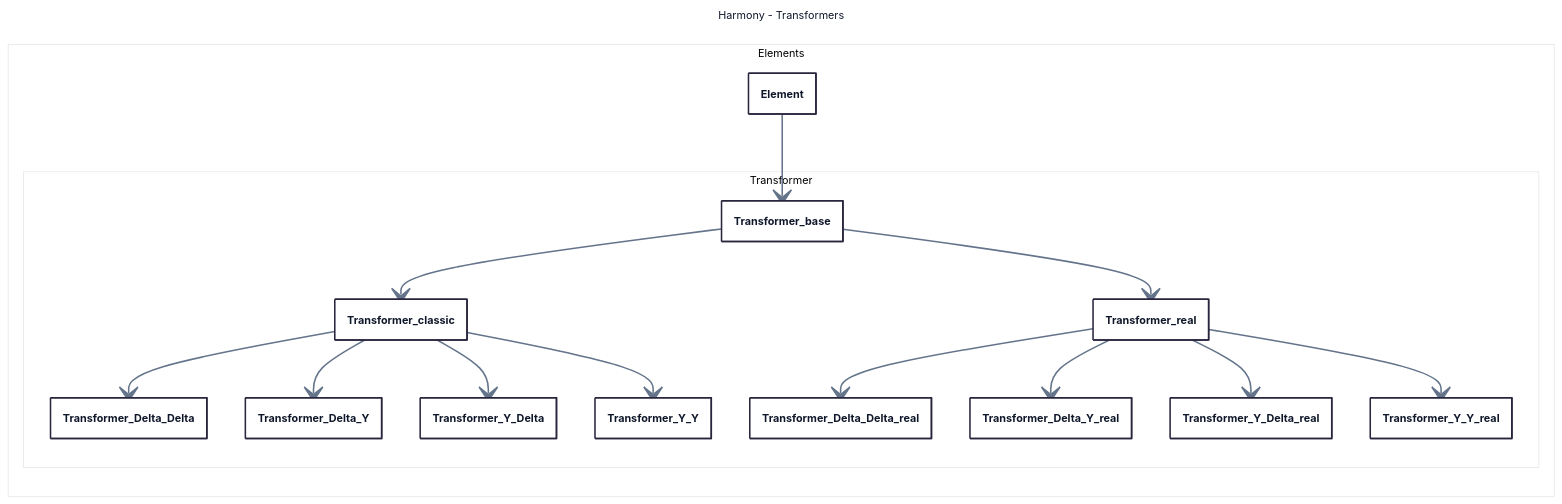
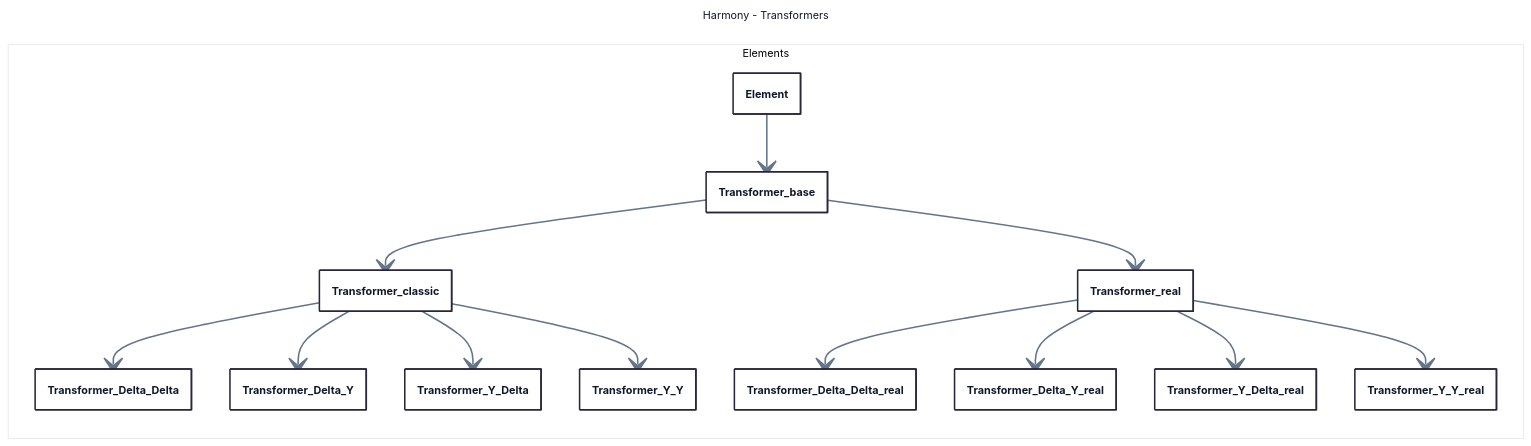
The fourth of 4 diagrams in class_diagram.md (yiquintero/tmp), drawn with Mermaid before and after one commit.

Commit message:
Fix namespace declaration for Transformer classes

````diff
--- a/class_diagram.md
+++ b/class_diagram.md
@@ -185,47 +185,47 @@
 ```mermaid
 ---
 title: Harmony - Transformers
 config:
   theme: redux-color
   themeVariables:
     fontFamily: Segoe UI, -apple-system, BlinkMacSystemFont, sans-serif
     lineColor: "#64748B"
     primaryTextColor: "#0F172A"
   flowchart:
     wrappingWidth: 450
   class:
     hideEmptyMembersBox: true
     padding: 16
 ---
 classDiagram
   direction LR
 
   namespace Elements {
     class Element {}
   }
 
-  namespace Elements.Transformer {
+  namespace Elements {
     class Transformer_base {}
     class Transformer_classic {}
     class Transformer_Delta_Delta_real {}
     class Transformer_Delta_Delta {}
     class Transformer_Delta_Y_real {}
     class Transformer_Delta_Y {}
     class Transformer_real {}
     class Transformer_Y_Delta_real {}
     class Transformer_Y_Delta {}
     class Transformer_Y_Y_real {}
     class Transformer_Y_Y {}
   }
   Element --> Transformer_base
   Transformer_base --> Transformer_classic
   Transformer_base --> Transformer_real
   Transformer_classic --> Transformer_Delta_Delta
   Transformer_classic --> Transformer_Delta_Y
   Transformer_classic --> Transformer_Y_Delta
   Transformer_classic --> Transformer_Y_Y
   Transformer_real --> Transformer_Delta_Delta_real
   Transformer_real --> Transformer_Delta_Y_real
   Transformer_real --> Transformer_Y_Delta_real
   Transformer_real --> Transformer_Y_Y_real
 ```
````
